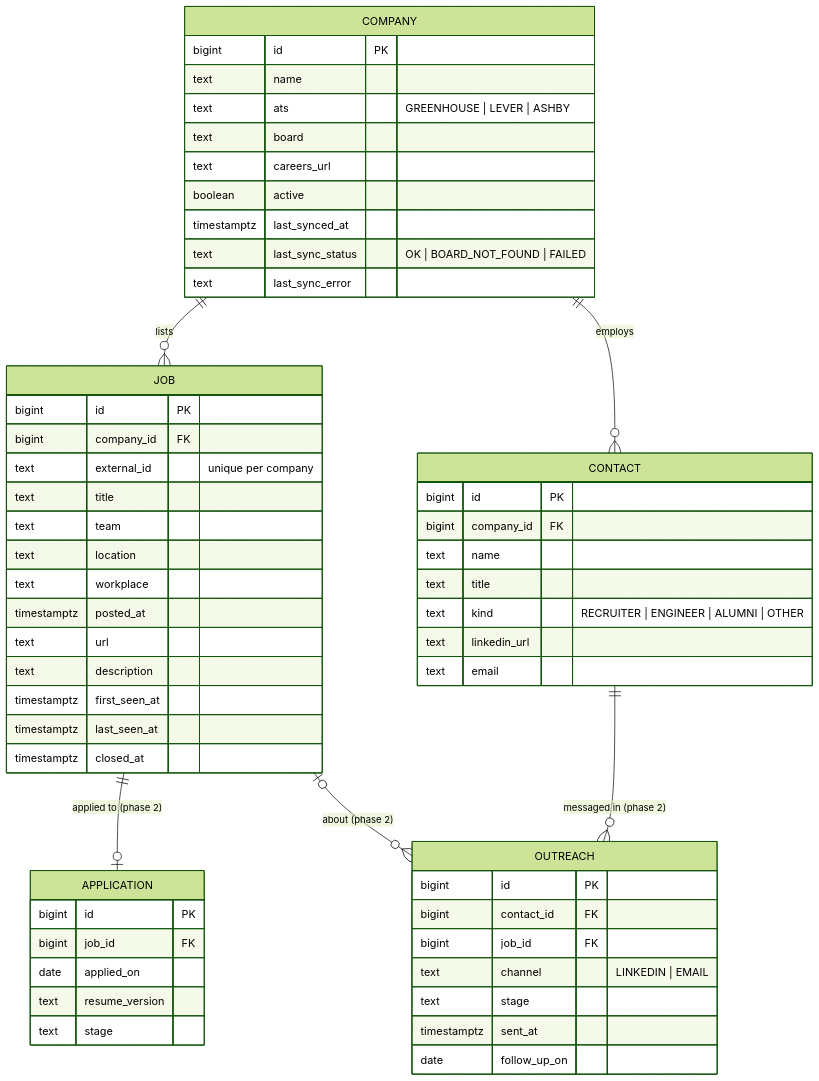
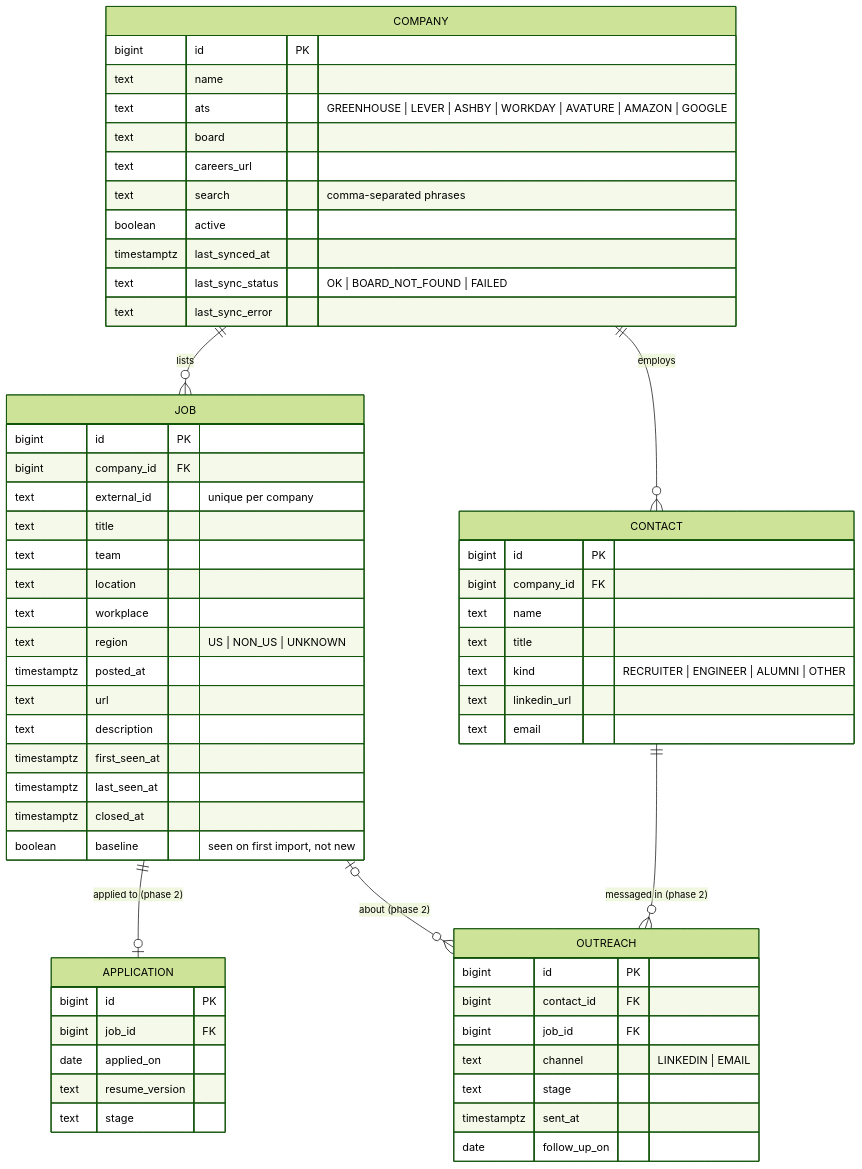
Before and after one commit to TechByChibuzo/job-search-assistant: the fourth of 5 diagrams in docs/architecture.md, drawn with Mermaid (forest theme). The commit also changed other lines of this file and 7 other files, not shown here.

````diff
--- a/docs/architecture.md
+++ b/docs/architecture.md
@@ -152,60 +207,63 @@
 ```mermaid
 erDiagram
     COMPANY ||--o{ JOB : lists
     COMPANY ||--o{ CONTACT : employs
     JOB ||--o| APPLICATION : "applied to (phase 2)"
     CONTACT ||--o{ OUTREACH : "messaged in (phase 2)"
     JOB |o--o{ OUTREACH : "about (phase 2)"
 
     COMPANY {
         bigint id PK
         text name
-        text ats "GREENHOUSE | LEVER | ASHBY"
+        text ats "GREENHOUSE | LEVER | ASHBY | WORKDAY | AVATURE | AMAZON | GOOGLE"
         text board
         text careers_url
+        text search "comma-separated phrases"
         boolean active
         timestamptz last_synced_at
         text last_sync_status "OK | BOARD_NOT_FOUND | FAILED"
         text last_sync_error
     }
     JOB {
         bigint id PK
         bigint company_id FK
         text external_id "unique per company"
         text title
         text team
         text location
         text workplace
+        text region "US | NON_US | UNKNOWN"
         timestamptz posted_at
         text url
         text description
         timestamptz first_seen_at
         timestamptz last_seen_at
         timestamptz closed_at
+        boolean baseline "seen on first import, not new"
     }
     CONTACT {
         bigint id PK
         bigint company_id FK
         text name
         text title
         text kind "RECRUITER | ENGINEER | ALUMNI | OTHER"
         text linkedin_url
         text email
     }
     OUTREACH {
         bigint id PK
         bigint contact_id FK
         bigint job_id FK
         text channel "LINKEDIN | EMAIL"
         text stage
         timestamptz sent_at
         date follow_up_on
     }
     APPLICATION {
         bigint id PK
         bigint job_id FK
         date applied_on
         text resume_version
         text stage
     }
 ```
````
